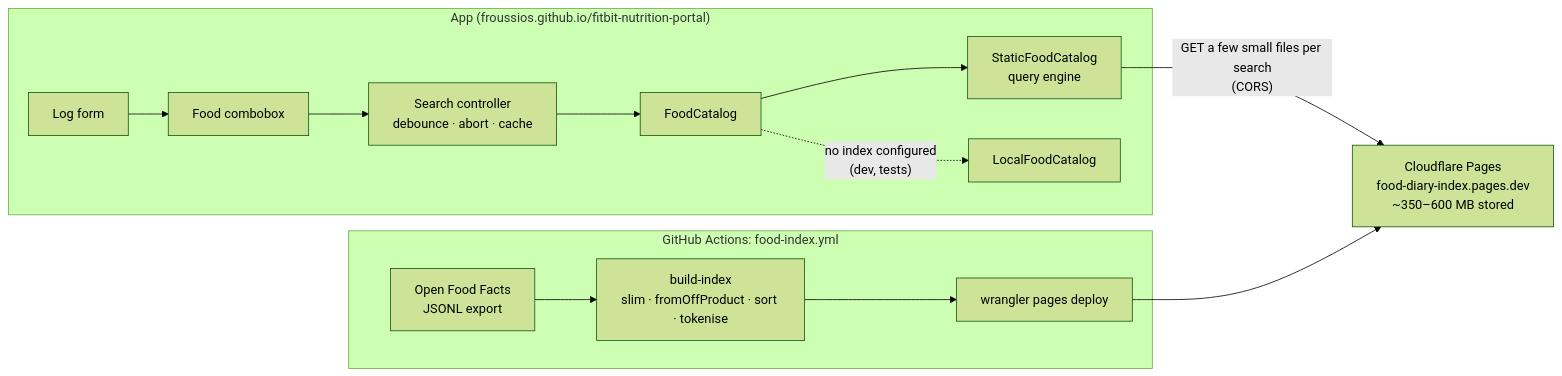
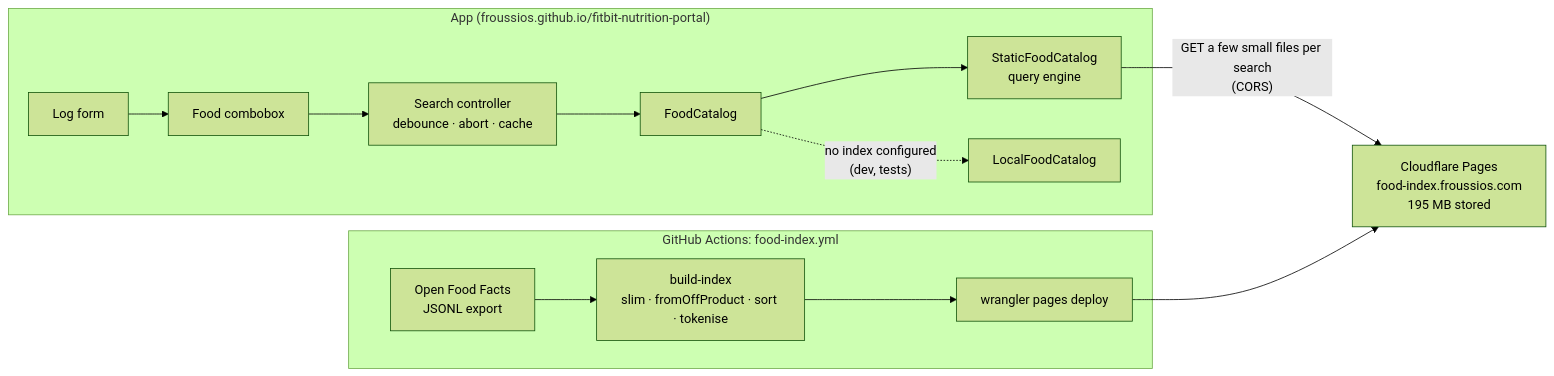
One commit to Froussios/fitbit-nutrition-portal changed the diagram in docs/FOOD_SEARCH.md. Above: the diagram before and after it, drawn with Mermaid (forest theme). The commit also changed other lines of this file and 6 other files, not shown here.

First line of the commit message:
Docs: food index live on food-index.froussios.com; record DR-14 (#40)

````diff
--- a/docs/FOOD_SEARCH.md
+++ b/docs/FOOD_SEARCH.md
@@ -321,16 +331,16 @@
 ```mermaid
 flowchart LR
   subgraph Browser["App (froussios.github.io/fitbit-nutrition-portal)"]
     Form["Log form"] --> Combo["Food combobox"]
     Combo --> Ctl["Search controller<br/>debounce · abort · cache"]
     Ctl --> FC["FoodCatalog"]
     FC --> SFC["StaticFoodCatalog<br/>query engine"]
     FC -.->|"no index configured<br/>(dev, tests)"| Local["LocalFoodCatalog"]
   end
-  SFC -- "GET a few small files per search<br/>(CORS)" --> Pages["Cloudflare Pages<br/>food-diary-index.pages.dev<br/>~350–600 MB stored"]
+  SFC -- "GET a few small files per search<br/>(CORS)" --> Pages["Cloudflare Pages<br/>food-index.froussios.com<br/>195 MB stored"]
   subgraph GHA["GitHub Actions: food-index.yml"]
     Dump["Open Food Facts<br/>JSONL export"] --> Build["build-index<br/>slim · fromOffProduct · sort · tokenise"]
     Build --> Deploy["wrangler pages deploy"]
   end
   Deploy --> Pages
 ```
````
